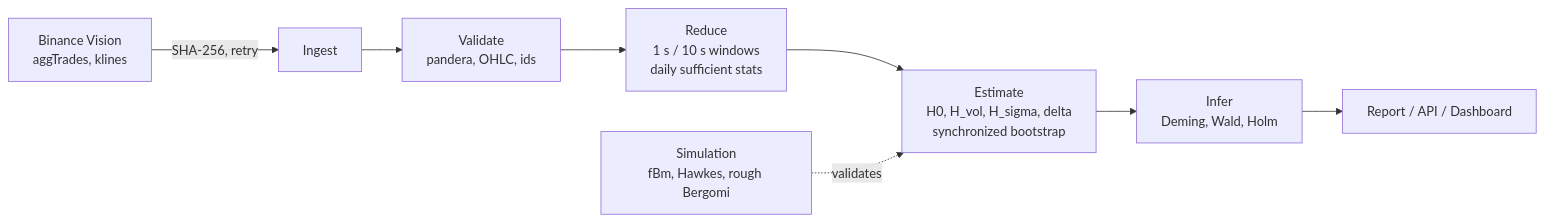
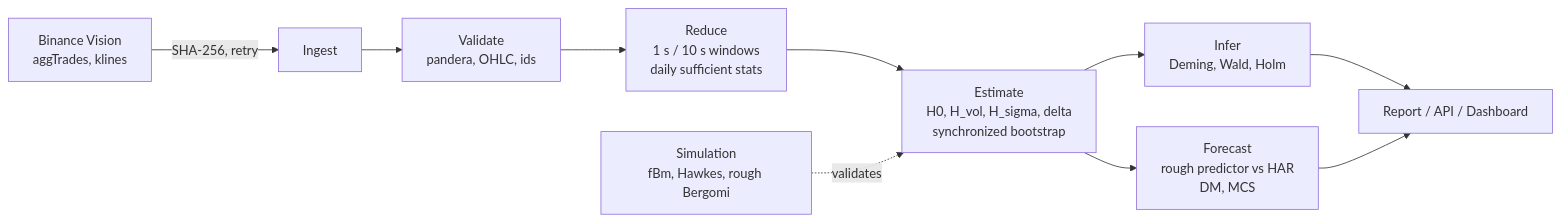
The diagram in README.md (NIDHAL277/orderflow-scaling), drawn with Mermaid before and after one commit. The commit also changed other lines of this file and 44 other files, not shown here.

````diff
--- a/README.md
+++ b/README.md
@@ -40,10 +45,12 @@
 ```mermaid
 flowchart LR
   A[Binance Vision<br/>aggTrades, klines] -->|SHA-256, retry| B[Ingest]
   B --> C[Validate<br/>pandera, OHLC, ids]
   C --> D[Reduce<br/>1 s / 10 s windows<br/>daily sufficient stats]
   D --> E[Estimate<br/>H0, H_vol, H_sigma, delta<br/>synchronized bootstrap]
   E --> F[Infer<br/>Deming, Wald, Holm]
   F --> G[Report / API / Dashboard]
+  E --> R[Forecast<br/>rough predictor vs HAR<br/>DM, MCS]
+  R --> G
   S[Simulation<br/>fBm, Hawkes, rough Bergomi] -.validates.-> E
 ```
````
